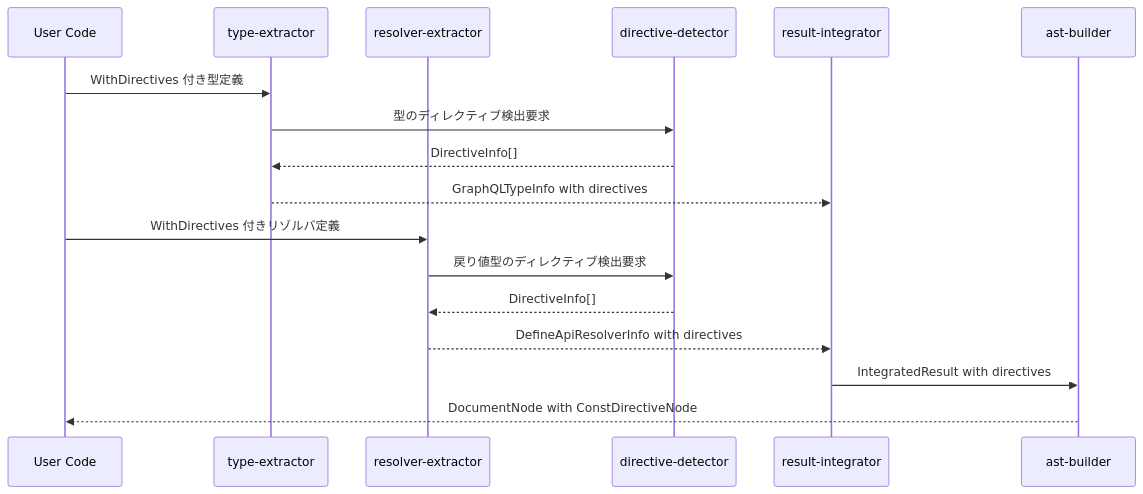
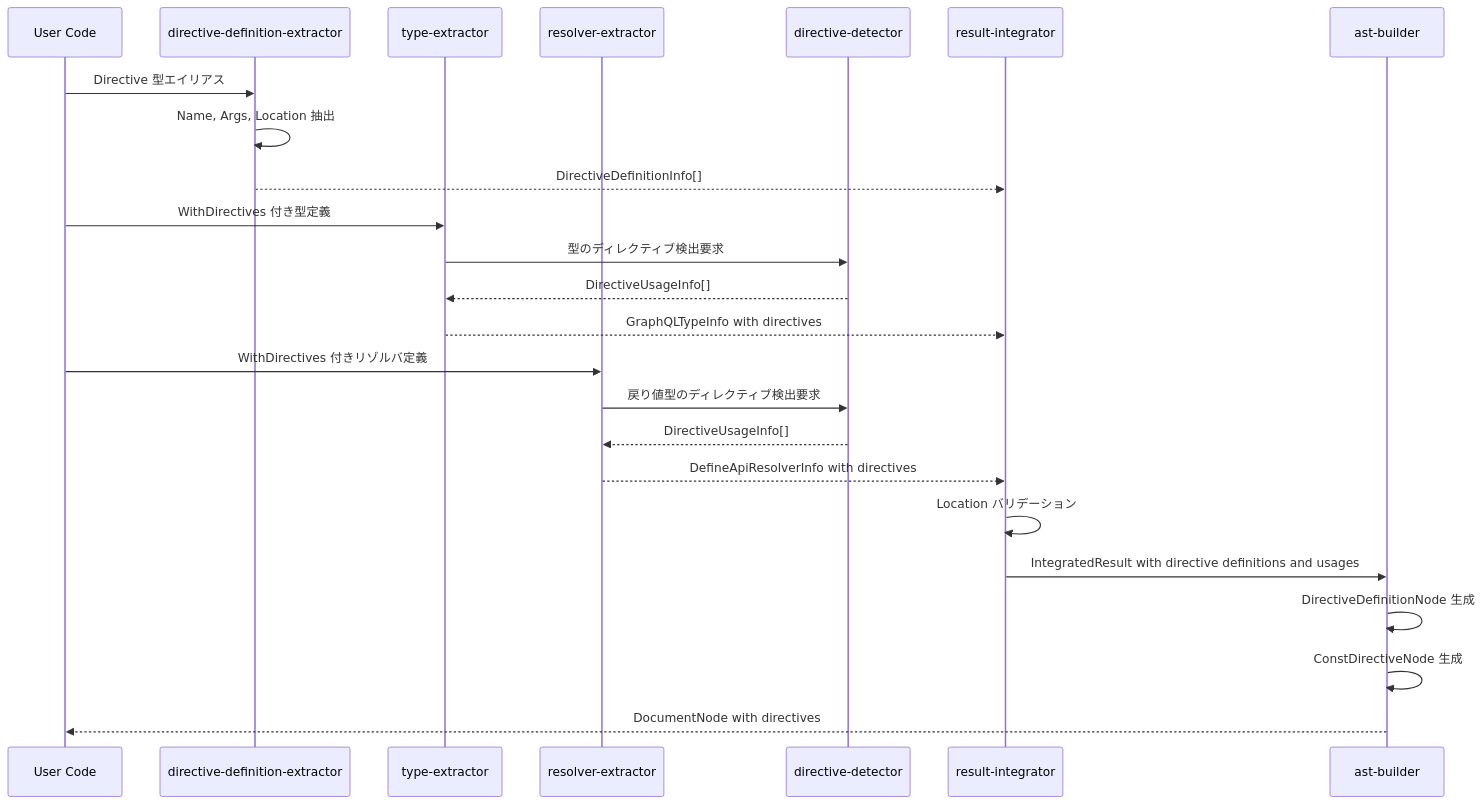
One commit to izumin5210/gqlkit changed the second of 3 diagrams in .kiro/specs/graphql-directive-support/design.md. Above: the diagram before and after it, drawn with Mermaid. The commit also changed other lines of this file and 33 other files, not shown here.

First line of the commit message:
feat(cli): add directive Location validation and fix generic type handling

````diff
--- a/.kiro/specs/graphql-directive-support/design.md
+++ b/.kiro/specs/graphql-directive-support/design.md
@@ -88,22 +122,30 @@
 ```mermaid
 sequenceDiagram
     participant User as User Code
+    participant DDE as directive-definition-extractor
     participant TE as type-extractor
     participant RE as resolver-extractor
     participant DD as directive-detector
     participant RI as result-integrator
     participant AB as ast-builder
 
+    User->>DDE: Directive 型エイリアス
+    DDE->>DDE: Name, Args, Location 抽出
+    DDE-->>RI: DirectiveDefinitionInfo[]
+
     User->>TE: WithDirectives 付き型定義
     TE->>DD: 型のディレクティブ検出要求
-    DD-->>TE: DirectiveInfo[]
+    DD-->>TE: DirectiveUsageInfo[]
     TE-->>RI: GraphQLTypeInfo with directives
 
     User->>RE: WithDirectives 付きリゾルバ定義
     RE->>DD: 戻り値型のディレクティブ検出要求
-    DD-->>RE: DirectiveInfo[]
+    DD-->>RE: DirectiveUsageInfo[]
     RE-->>RI: DefineApiResolverInfo with directives
 
-    RI->>AB: IntegratedResult with directives
-    AB-->>User: DocumentNode with ConstDirectiveNode
+    RI->>RI: Location バリデーション
+    RI->>AB: IntegratedResult with directive definitions and usages
+    AB->>AB: DirectiveDefinitionNode 生成
+    AB->>AB: ConstDirectiveNode 生成
+    AB-->>User: DocumentNode with directives
 ```
````
